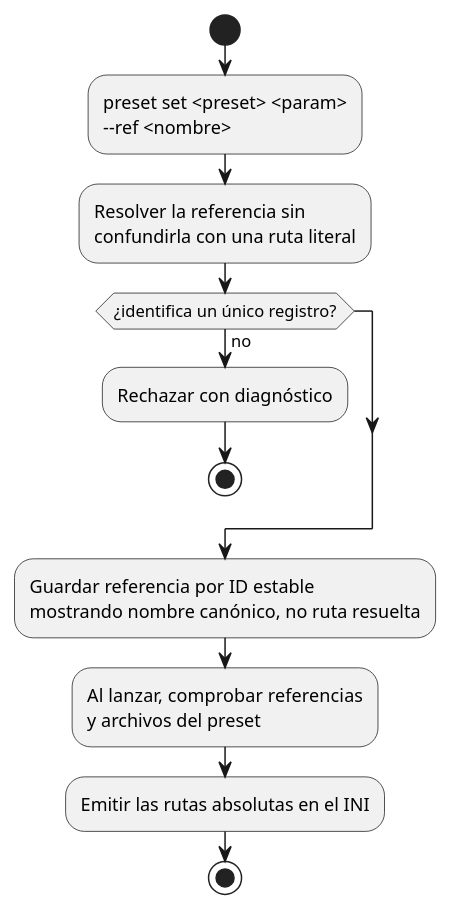
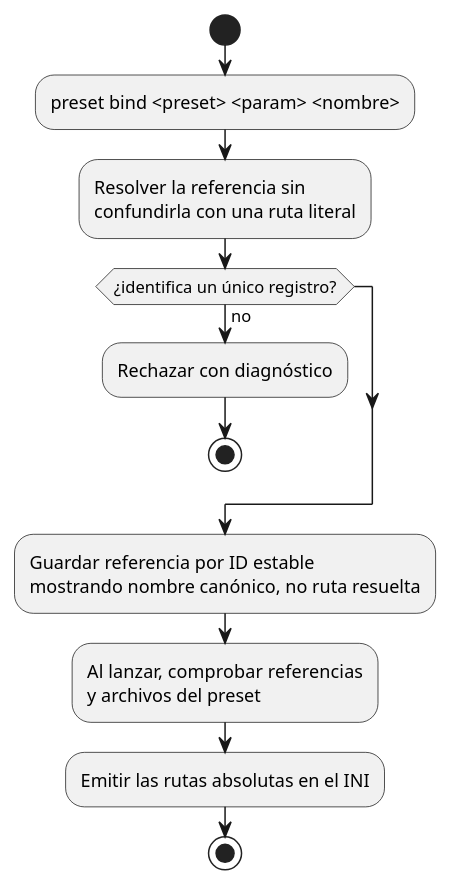
One commit to mstranich/coquena changed the seventh of 7 diagrams in docs/actividades.md. Above: the diagram before and after it, drawn with PlantUML. The commit also changed other lines of this file and 13 other files, not shown here.

````diff
--- a/docs/actividades.md
+++ b/docs/actividades.md
@@ -209,15 +209,15 @@
 ```plantuml
 @startuml
 start
-:preset set <preset> <param>\n--ref <nombre>;
+:preset bind <preset> <param> <nombre>;
 :Resolver la referencia sin\nconfundirla con una ruta literal;
 if (¿identifica un único registro?) then (no)
   :Rechazar con diagnóstico;
   stop
 endif
 :Guardar referencia por ID estable\nmostrando nombre canónico, no ruta resuelta;
 :Al lanzar, comprobar referencias\ny archivos del preset;
 :Emitir las rutas absolutas en el INI;
 stop
 @enduml
 ```
````
